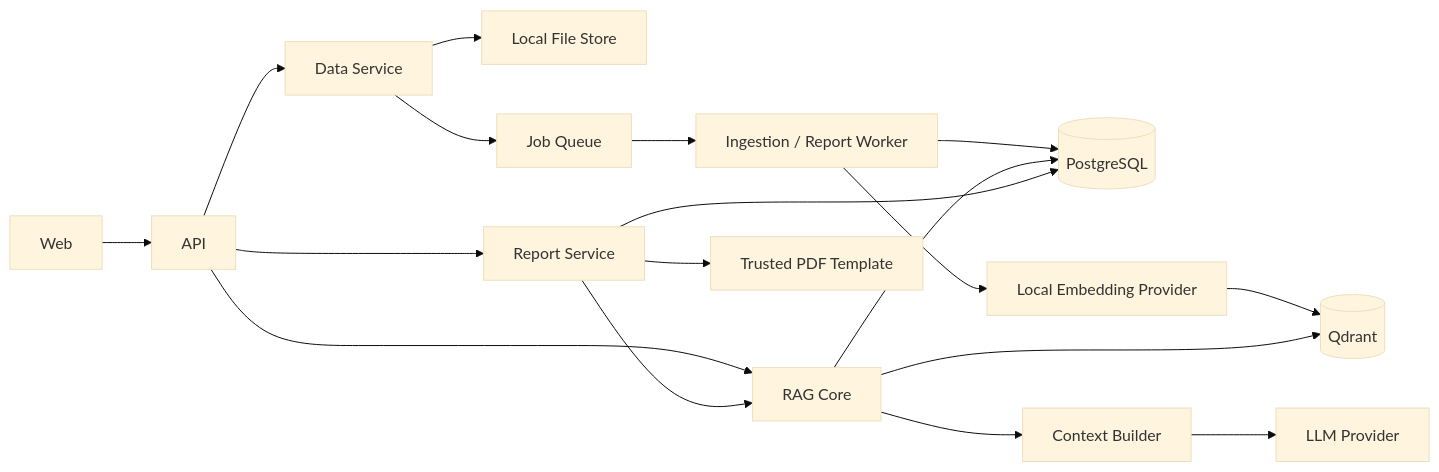
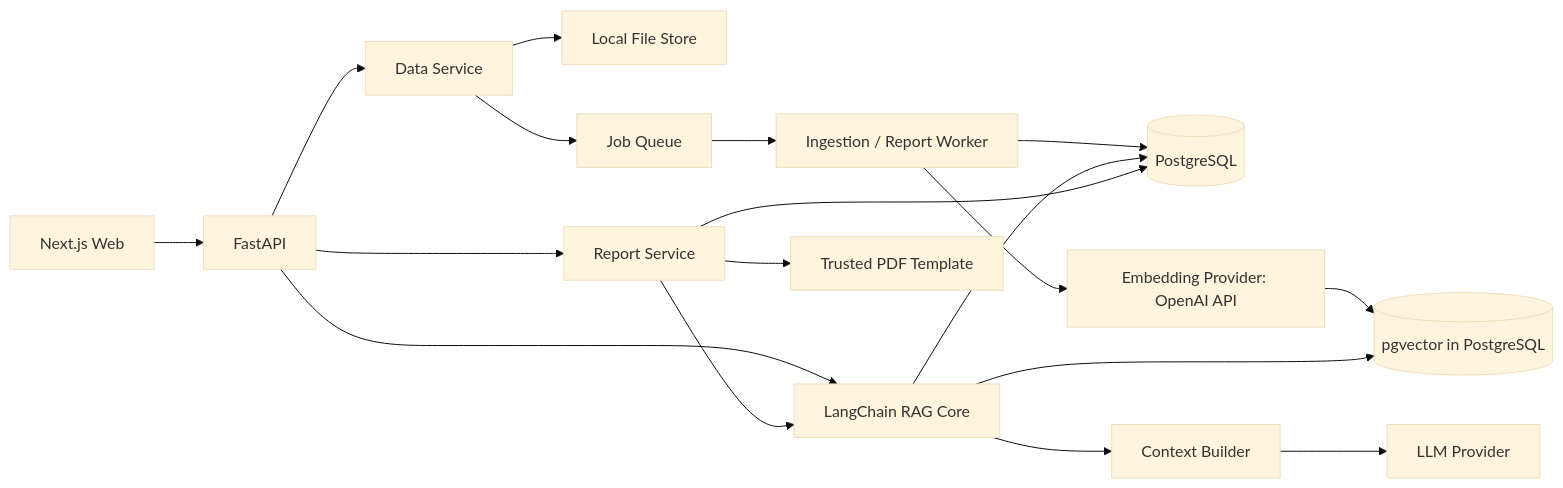
The diagram in .planning/research/ARCHITECTURE.md (knghia2902/RAG), drawn with Mermaid (base theme) before and after one commit. The commit also changed other lines of this file and 6 other files, not shown here.

````diff
--- a/.planning/research/ARCHITECTURE.md
+++ b/.planning/research/ARCHITECTURE.md
@@ -8,20 +8,20 @@
 ```mermaid
 flowchart LR
-    Web --> API
+    Web[Next.js Web] --> API[FastAPI]
     API --> Data[Data Service]
     Data --> Files[Local File Store]
     Data --> Jobs[Job Queue]
     Jobs --> Worker[Ingestion / Report Worker]
     Worker --> SQL[(PostgreSQL)]
-    Worker --> Embed[Local Embedding Provider]
-    Embed --> Vectors[(Qdrant)]
-    API --> RAG[RAG Core]
+    Worker --> Embed[Embedding Provider: OpenAI API]
+    Embed --> Vectors[(pgvector in PostgreSQL)]
+    API --> RAG[LangChain RAG Core]
     RAG --> SQL
     RAG --> Vectors
     RAG --> Context[Context Builder]
     Context --> LLM[LLM Provider]
     API --> Report[Report Service]
     Report --> SQL
     Report --> RAG
     Report --> PDF[Trusted PDF Template]
 ```
````
